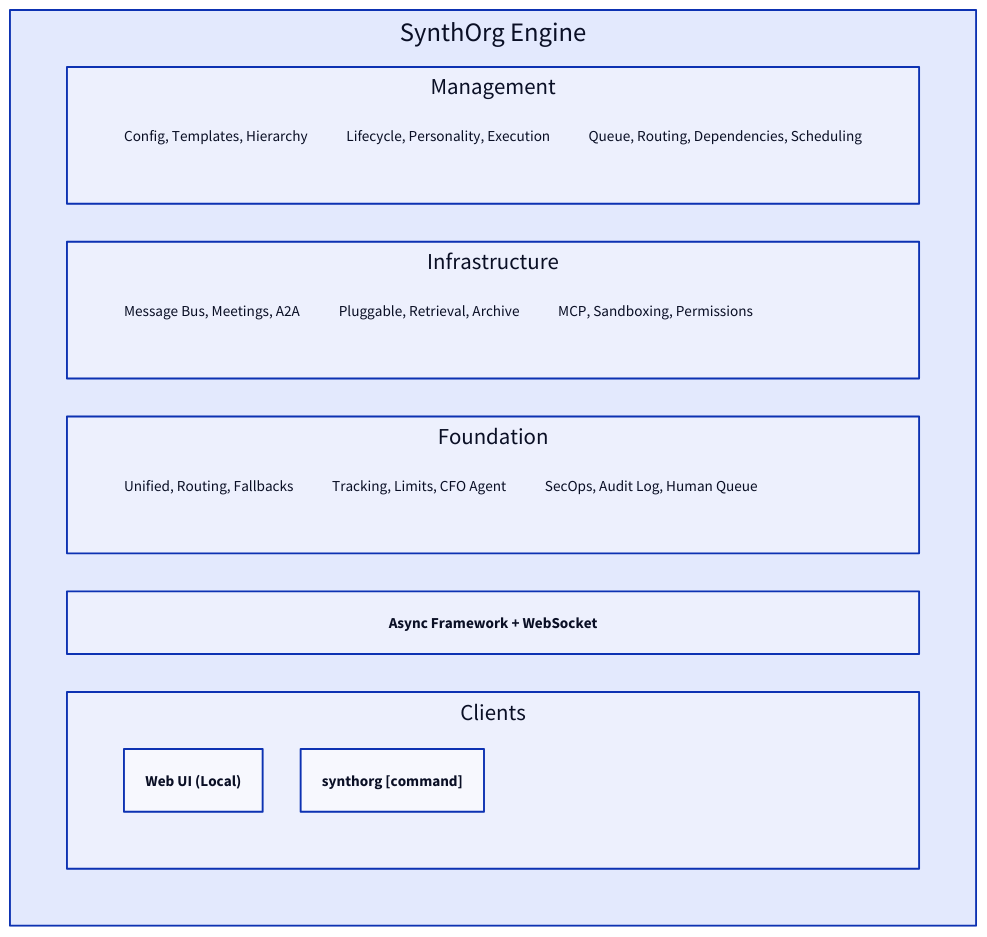
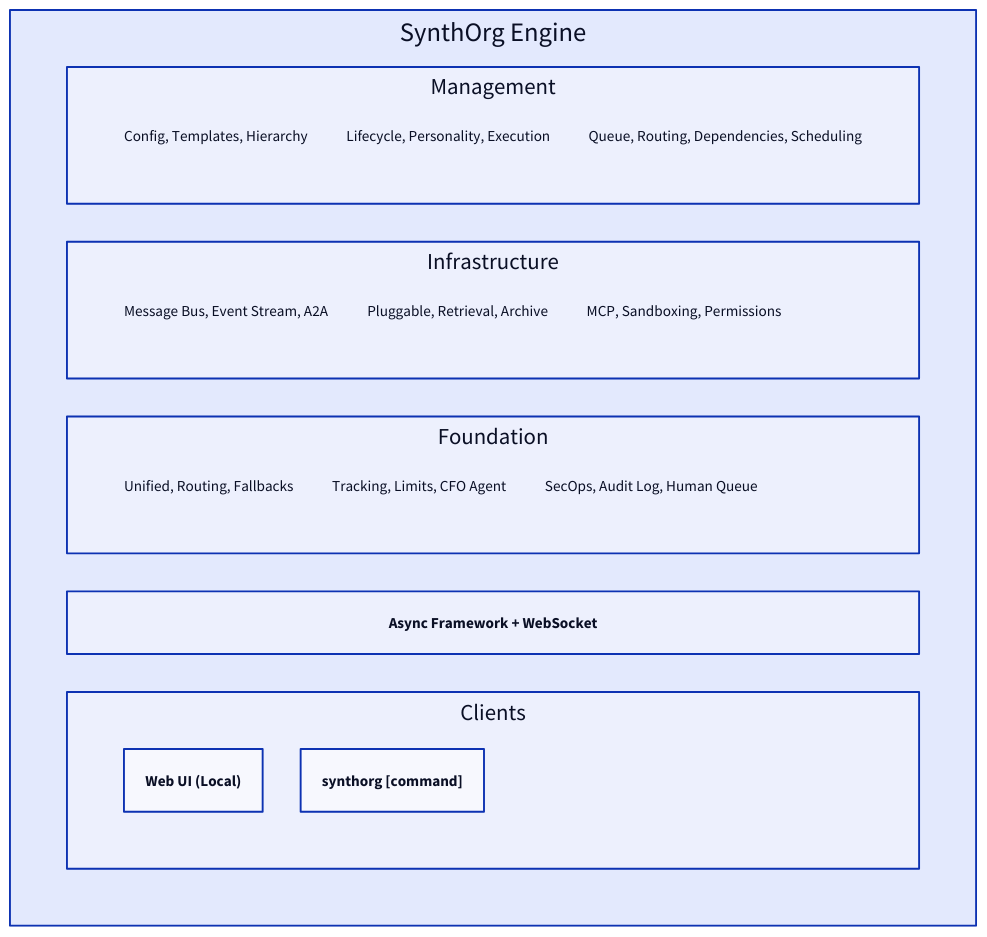
Before and after one commit to Aureliolo/synthorg: the diagram in docs/architecture/tech-stack.md, drawn with D2. The commit also changed other lines of this file and 666 other files, not shown here.

````diff
--- a/docs/architecture/tech-stack.md
+++ b/docs/architecture/tech-stack.md
@@ -5,61 +5,61 @@
 ```d2
 SynthOrg Engine: {
   grid-rows: 5
 
   Management: {
     grid-columns: 3
     Company Mgr: |
       Config, Templates,
       Hierarchy
     |
     Agent Engine: |
       Lifecycle, Personality,
       Execution
     |
     Task/Workflow Eng.: |
       Queue, Routing,
       Dependencies, Scheduling
     |
   }
 
   Infrastructure: {
     grid-columns: 3
     Comms Layer: |
       Message Bus,
-      Meetings, A2A
+      Event Stream, A2A
     |
     Memory Layer: |
       Pluggable, Retrieval,
       Archive
     |
     Tool/Capability System: |
       MCP, Sandboxing,
       Permissions
     |
   }
 
   Foundation: {
     grid-columns: 3
     Provider Layer: |
       Unified, Routing,
       Fallbacks
     |
     Budget/Cost Engine: |
       Tracking, Limits,
       CFO Agent
     |
     Security/Approval: |
       SecOps, Audit Log,
       Human Queue
     |
   }
 
   API Layer: Async Framework + WebSocket
 
   Clients: {
     grid-columns: 2
     Web Dashboard: Web UI (Local)
     CLI Tool: "synthorg [command]"
   }
 }
 ```
````
